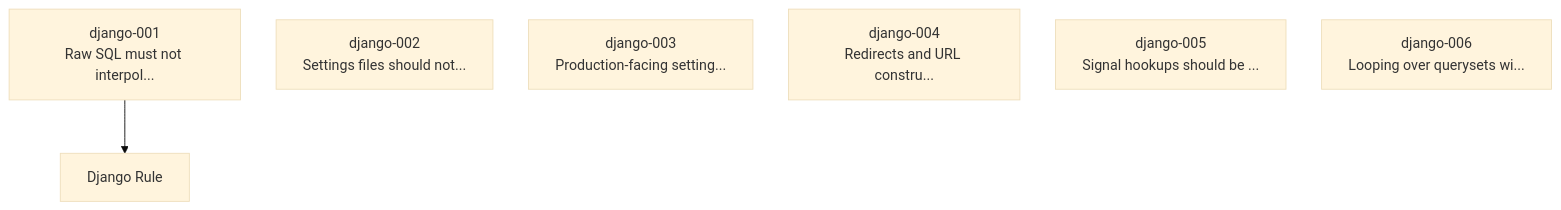
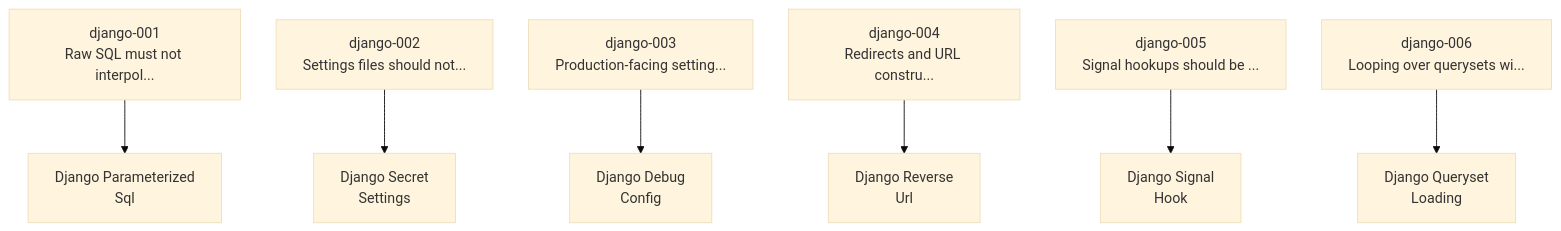
One commit to Anselmoo/mcp-zen-of-languages changed the first of 4 diagrams in docs/user-guide/frameworks/django.md. Above: the diagram before and after it, drawn with Mermaid. The commit also changed other lines of this file and 41 other files, not shown here.

````diff
--- a/docs/user-guide/frameworks/django.md
+++ b/docs/user-guide/frameworks/django.md
@@ -137,12 +157,22 @@
     ```mermaid
     %%{init: {"theme": "base", "flowchart": {"useMaxWidth": false, "htmlLabels": true, "nodeSpacing": 40, "rankSpacing": 60}}}%%
     graph TD
     django_001["django-001<br/>Raw SQL must not interpol..."]
     django_002["django-002<br/>Settings files should not..."]
     django_003["django-003<br/>Production-facing setting..."]
     django_004["django-004<br/>Redirects and URL constru..."]
     django_005["django-005<br/>Signal hookups should be ..."]
     django_006["django-006<br/>Looping over querysets wi..."]
-    det_DjangoRuleDetector["Django Rule"]
-    django_001 --> det_DjangoRuleDetector
+    det_DjangoDebugConfigDetector["Django Debug<br/>Config"]
+    django_003 --> det_DjangoDebugConfigDetector
+    det_DjangoParameterizedSqlDetector["Django Parameterized<br/>Sql"]
+    django_001 --> det_DjangoParameterizedSqlDetector
+    det_DjangoQuerysetLoadingDetector["Django Queryset<br/>Loading"]
+    django_006 --> det_DjangoQuerysetLoadingDetector
+    det_DjangoReverseUrlDetector["Django Reverse<br/>Url"]
+    django_004 --> det_DjangoReverseUrlDetector
+    det_DjangoSecretSettingsDetector["Django Secret<br/>Settings"]
+    django_002 --> det_DjangoSecretSettingsDetector
+    det_DjangoSignalHookDetector["Django Signal<br/>Hook"]
+    django_005 --> det_DjangoSignalHookDetector
     ```
````
